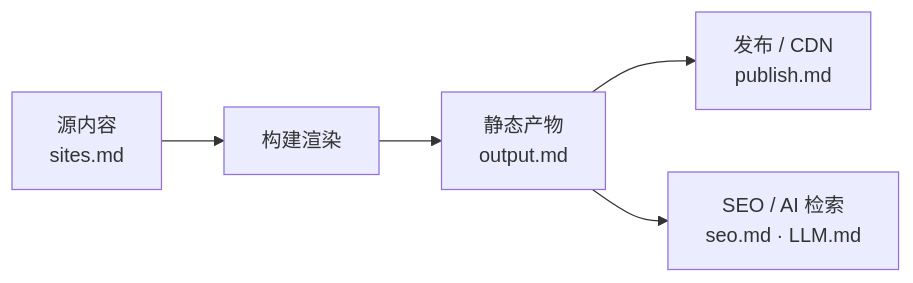
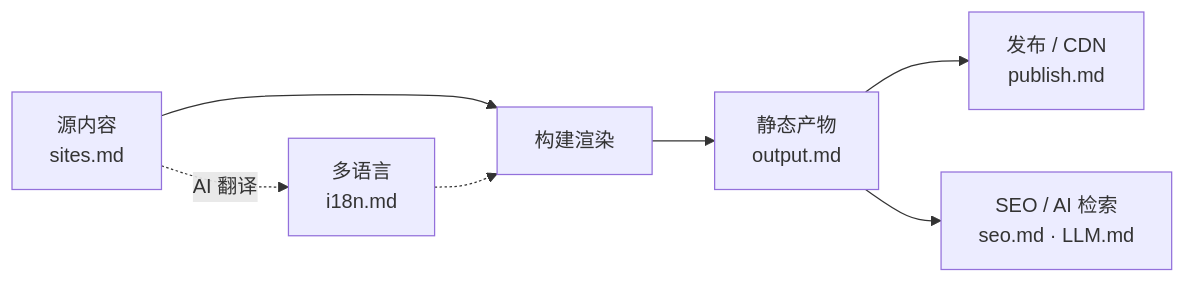
One commit to jjq-git/mycompany.website changed the diagram in docs/site/README.md. Above: the diagram before and after it, drawn with Mermaid. The commit also changed other lines of this file and 9 other files, not shown here.

````diff
--- a/docs/site/README.md
+++ b/docs/site/README.md
@@ -17,7 +18,9 @@
 ```mermaid
 flowchart LR
     A[源内容<br/>sites.md] --> B[构建渲染]
+    A -.->|AI 翻译| M[多语言<br/>i18n.md]
+    M -.-> B
     B --> C[静态产物<br/>output.md]
     C --> D[发布 / CDN<br/>publish.md]
     C --> E[SEO / AI 检索<br/>seo.md · LLM.md]
 ```
````
